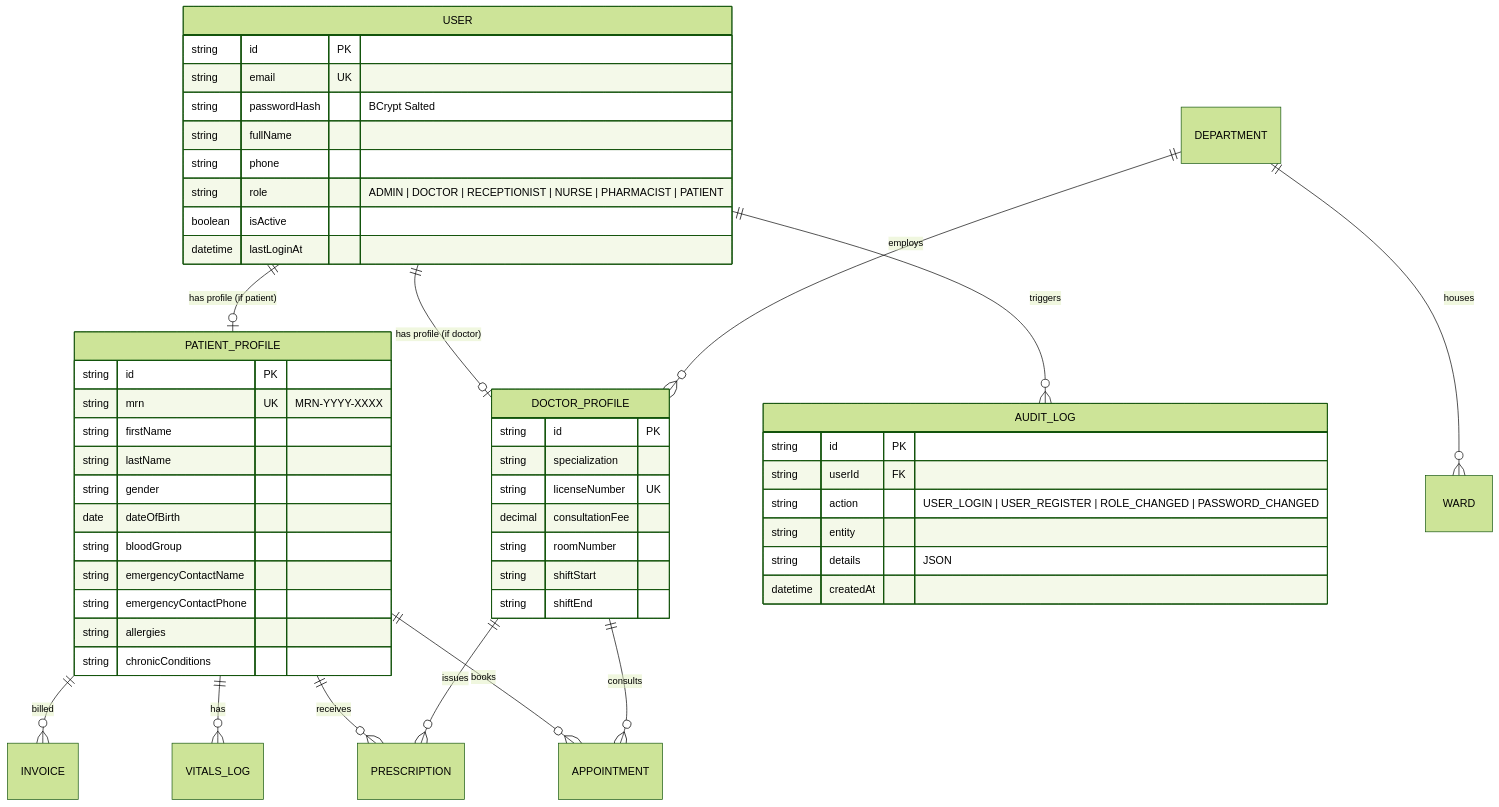
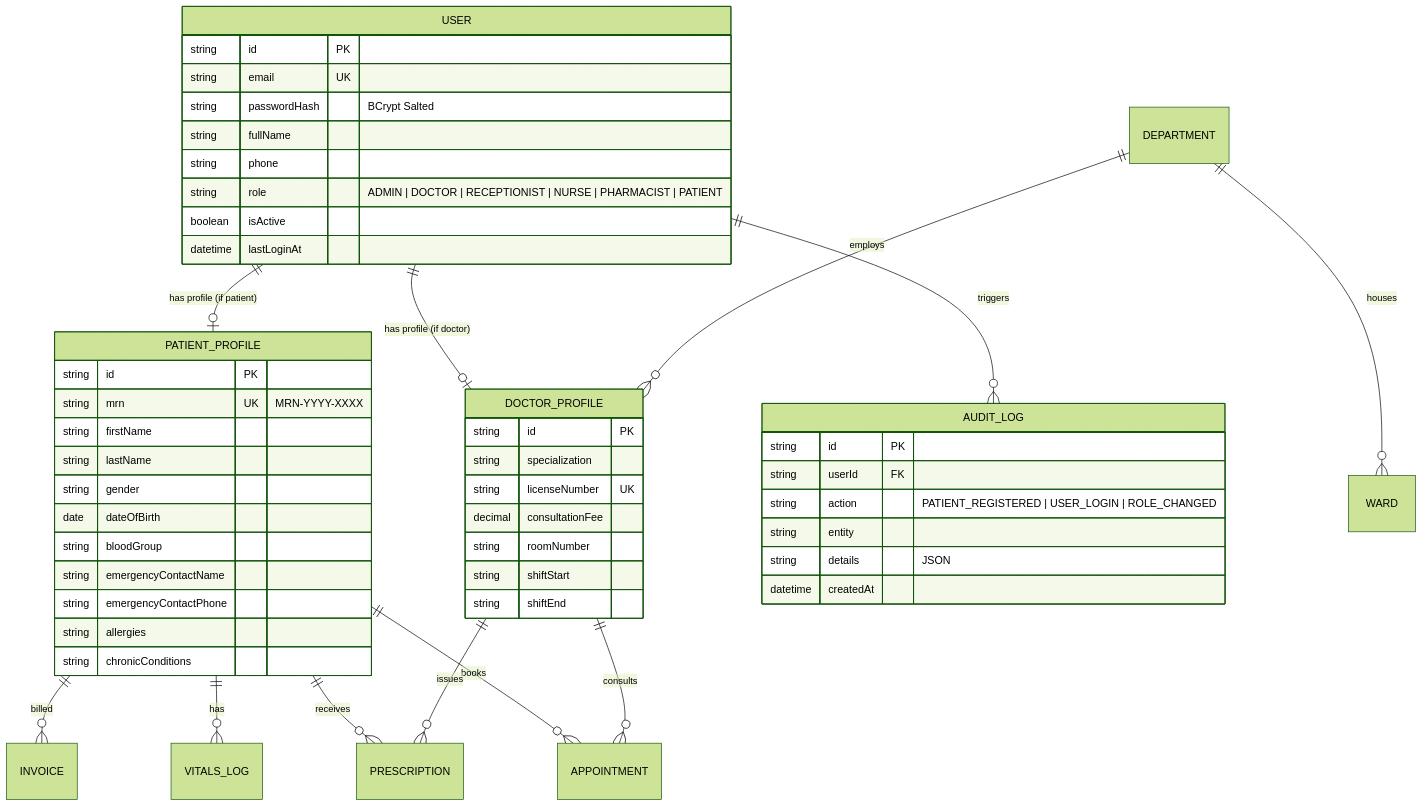
One commit to ansariking51214/Smart-Hospital-management-system changed the diagram in README.md. Above: the diagram before and after it, drawn with Mermaid (forest theme). The commit also changed other lines of this file and 11 other files, not shown here.

````diff
--- a/README.md
+++ b/README.md
@@ -73,58 +77,58 @@
 ```mermaid
 erDiagram
     USER ||--o| DOCTOR_PROFILE : "has profile (if doctor)"
     USER ||--o| PATIENT_PROFILE : "has profile (if patient)"
     USER ||--o{ AUDIT_LOG : "triggers"
     DEPARTMENT ||--o{ DOCTOR_PROFILE : "employs"
     DEPARTMENT ||--o{ WARD : "houses"
     PATIENT_PROFILE ||--o{ APPOINTMENT : "books"
     PATIENT_PROFILE ||--o{ VITALS_LOG : "has"
     PATIENT_PROFILE ||--o{ PRESCRIPTION : "receives"
     PATIENT_PROFILE ||--o{ INVOICE : "billed"
     DOCTOR_PROFILE ||--o{ APPOINTMENT : "consults"
     DOCTOR_PROFILE ||--o{ PRESCRIPTION : "issues"
 
     USER {
         string id PK
         string email UK
         string passwordHash "BCrypt Salted"
         string fullName
         string phone
         string role "ADMIN | DOCTOR | RECEPTIONIST | NURSE | PHARMACIST | PATIENT"
         boolean isActive
         datetime lastLoginAt
     }
 
     PATIENT_PROFILE {
         string id PK
         string mrn UK "MRN-YYYY-XXXX"
         string firstName
         string lastName
         string gender
         date dateOfBirth
         string bloodGroup
         string emergencyContactName
         string emergencyContactPhone
         string allergies
         string chronicConditions
     }
 
     DOCTOR_PROFILE {
         string id PK
         string specialization
         string licenseNumber UK
         decimal consultationFee
         string roomNumber
         string shiftStart
         string shiftEnd
     }
 
     AUDIT_LOG {
         string id PK
         string userId FK
-        string action "USER_LOGIN | USER_REGISTER | ROLE_CHANGED | PASSWORD_CHANGED"
+        string action "PATIENT_REGISTERED | USER_LOGIN | ROLE_CHANGED"
         string entity
         string details "JSON"
         datetime createdAt
     }
 ```
````
